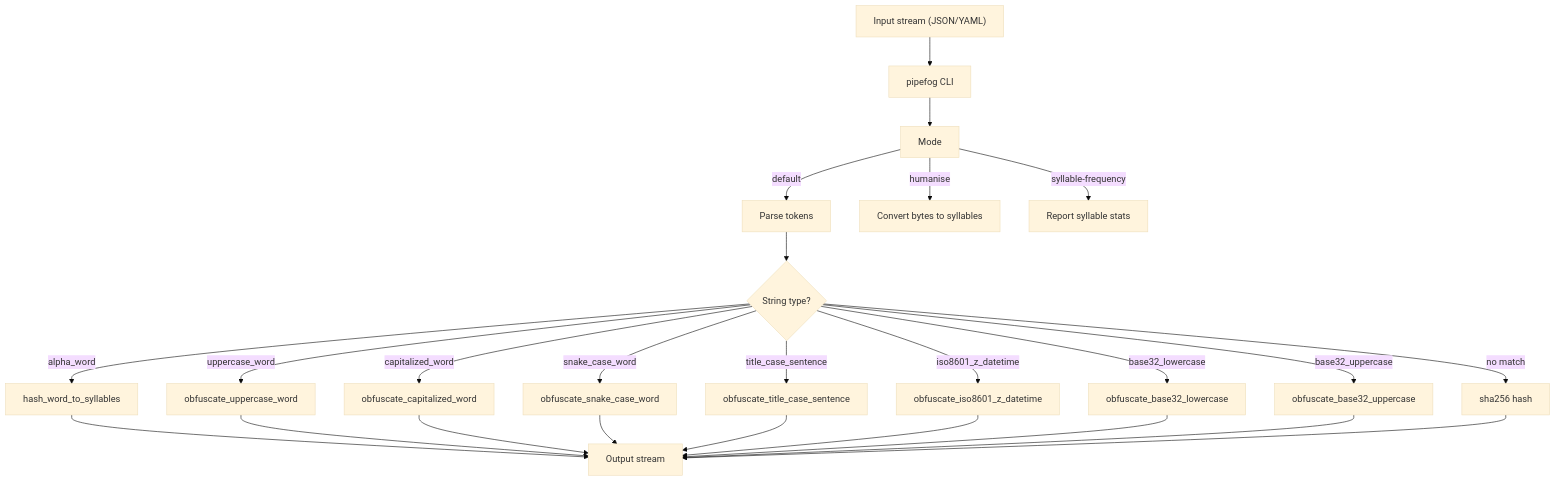
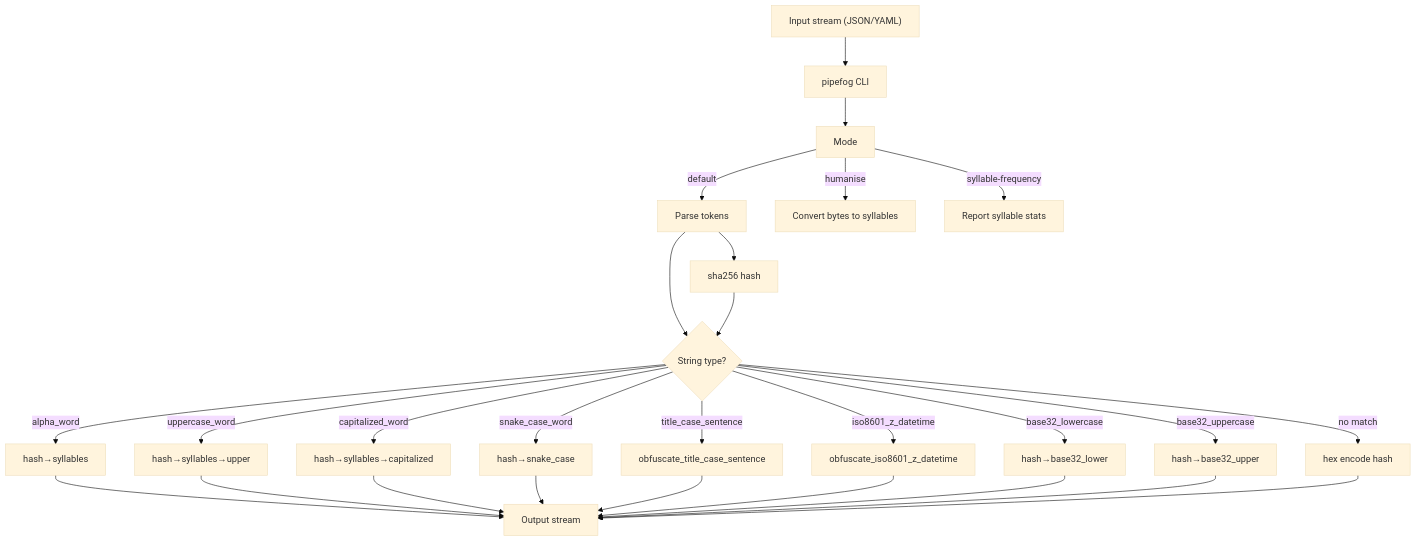
The diagram in README.md (renatgalimov/pipefog), drawn with Mermaid (base theme) before and after one commit. The commit also changed 1 other file, not shown here.

Commit message:
Precompute hashes before formatting

````diff
--- a/README.md
+++ b/README.md
@@ -37,27 +37,29 @@
 ```mermaid
 graph TD
     A["Input stream (JSON/YAML)"] --> B["pipefog CLI"]
     B --> C["Mode"]
     C -->|default| D1["Parse tokens"]
+    D1 --> H0["sha256 hash"]
     D1 --> D2{String type?}
-    D2 -->|alpha_word| H1["hash_word_to_syllables"]
-    D2 -->|uppercase_word| H2["obfuscate_uppercase_word"]
-    D2 -->|capitalized_word| H3["obfuscate_capitalized_word"]
-    D2 -->|snake_case_word| H4["obfuscate_snake_case_word"]
+    H0 --> D2
+    D2 -->|alpha_word| H1["hash→syllables"]
+    D2 -->|uppercase_word| H2["hash→syllables→upper"]
+    D2 -->|capitalized_word| H3["hash→syllables→capitalized"]
+    D2 -->|snake_case_word| H4["hash→snake_case"]
     D2 -->|title_case_sentence| H5["obfuscate_title_case_sentence"]
     D2 -->|iso8601_z_datetime| H6["obfuscate_iso8601_z_datetime"]
-    D2 -->|base32_lowercase| H7["obfuscate_base32_lowercase"]
-    D2 -->|base32_uppercase| H8["obfuscate_base32_uppercase"]
-    D2 -->|no match| H9["sha256 hash"]
+    D2 -->|base32_lowercase| H7["hash→base32_lower"]
+    D2 -->|base32_uppercase| H8["hash→base32_upper"]
+    D2 -->|no match| H9["hex encode hash"]
     H1 --> E["Output stream"]
     H2 --> E
     H3 --> E
     H4 --> E
     H5 --> E
     H6 --> E
     H7 --> E
     H8 --> E
     H9 --> E
     C -->|humanise| F["Convert bytes to syllables"]
     C -->|syllable-frequency| G["Report syllable stats"]
 ```
````
